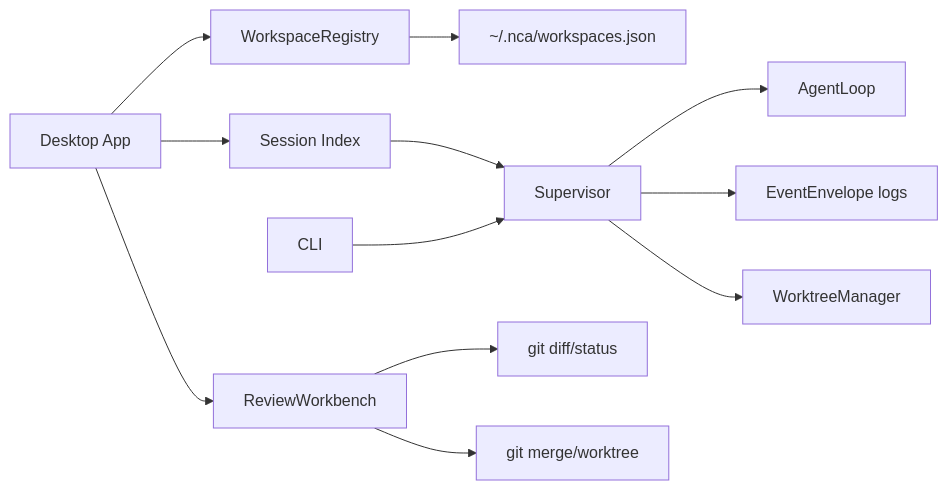
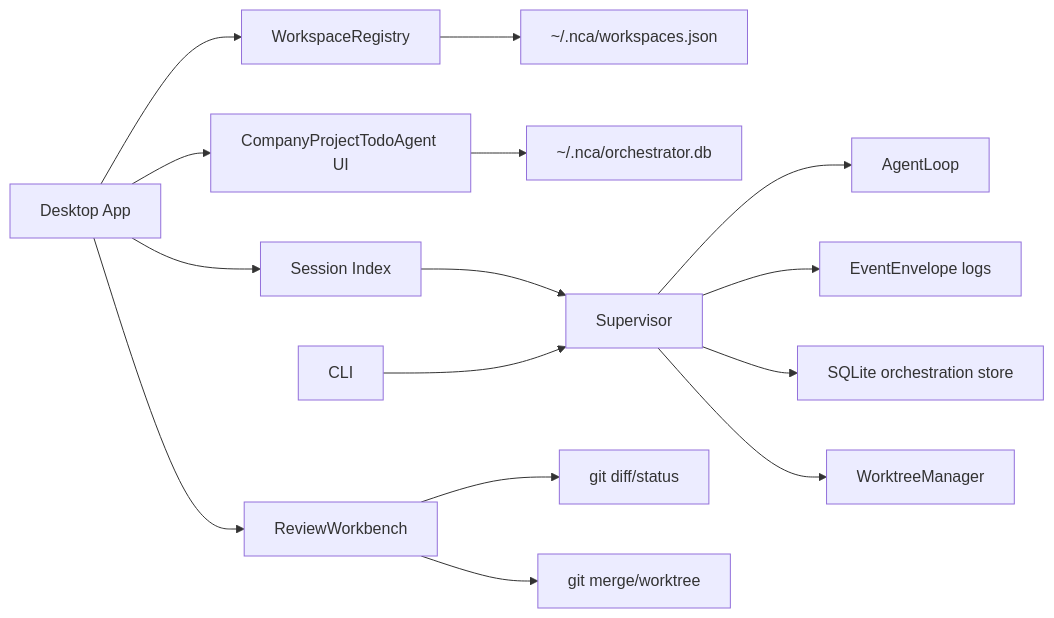
Before and after one commit to madebyaris/native-cli-ai: the second of 5 diagrams in docs/architecture.md, drawn with Mermaid. The commit also changed other lines of this file and 34 other files, not shown here.

````diff
--- a/docs/architecture.md
+++ b/docs/architecture.md
@@ -122,14 +122,17 @@
 ```mermaid
 flowchart LR
   DesktopApp[Desktop App] --> WorkspaceRegistry
+  DesktopApp --> CompanyProjectUi[CompanyProjectTodoAgent UI]
   DesktopApp --> SessionHub[Session Index]
   DesktopApp --> ReviewWorkbench
   WorkspaceRegistry --> LocalMetadata["~/.nca/workspaces.json"]
+  CompanyProjectUi --> OrchestratorDb["~/.nca/orchestrator.db"]
   SessionHub --> RuntimeService[Supervisor]
   RuntimeService --> AgentRuns[AgentLoop]
   RuntimeService --> EventStore[EventEnvelope logs]
+  RuntimeService --> OrchestratorStore[SQLite orchestration store]
   RuntimeService --> WorktreeManager
   ReviewWorkbench --> GitInspector[git diff/status]
   ReviewWorkbench --> MergeActions[git merge/worktree]
   CliSecondary[CLI] --> RuntimeService
 ```
````
